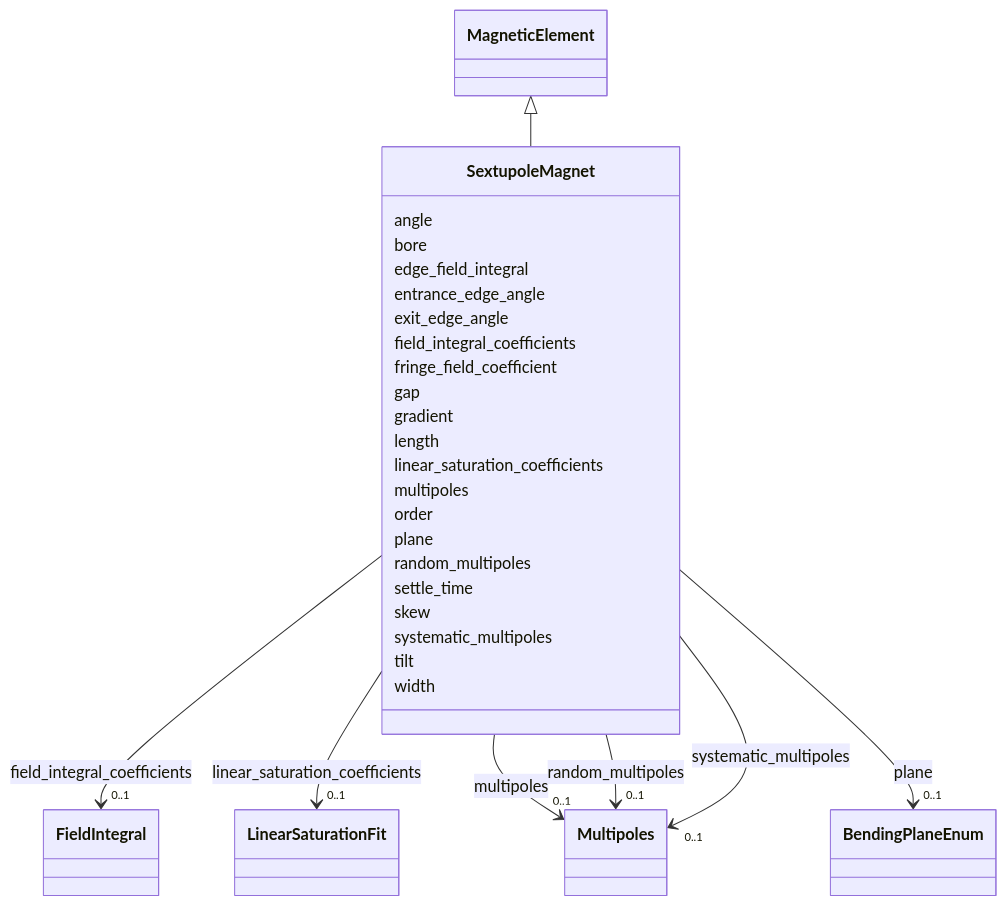
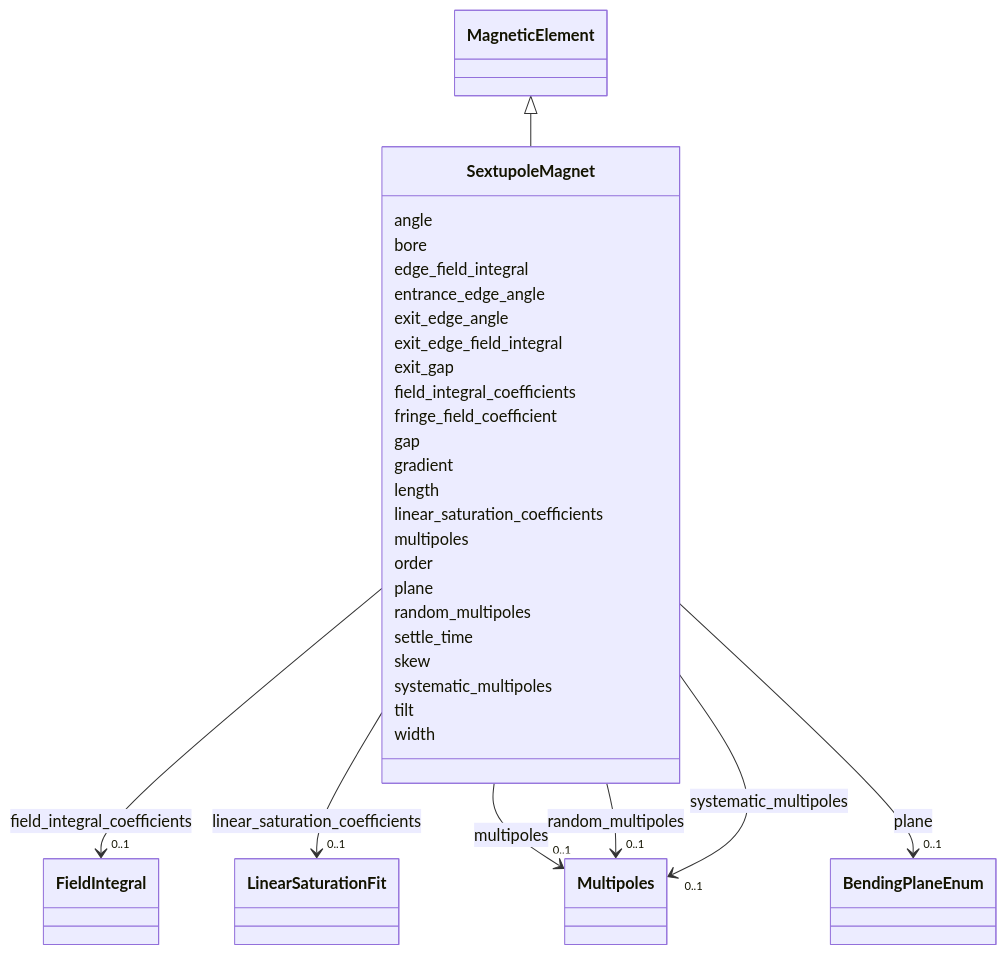
The diagram in docs/source/schema/SextupoleMagnet.md (astec-stfc/laura), drawn with Mermaid before and after one commit. The commit also changed other lines of this file and 54 other files, not shown here.

Commit message:
had to add exit_fringe_integral since it can be asymmetric.....

```diff
--- a/docs/source/schema/SextupoleMagnet.md
+++ b/docs/source/schema/SextupoleMagnet.md
@@ -31,6 +31,10 @@
       SextupoleMagnet : entrance_edge_angle
         
       SextupoleMagnet : exit_edge_angle
+        
+      SextupoleMagnet : exit_edge_field_integral
+        
+      SextupoleMagnet : exit_gap
         
       SextupoleMagnet : field_integral_coefficients
         
```
